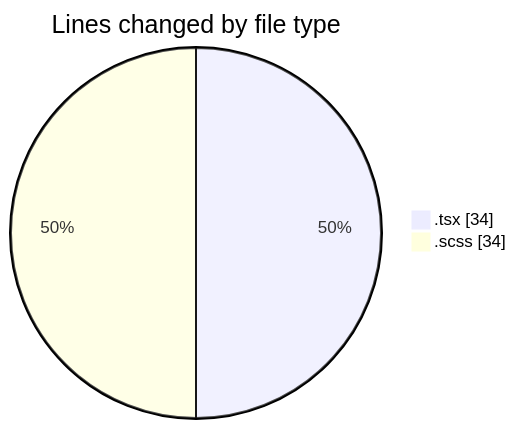
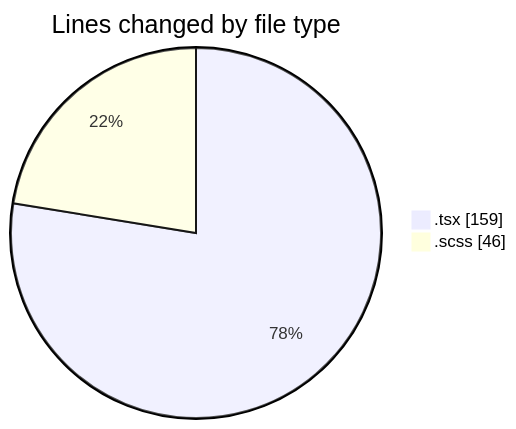
The first of 2 diagrams in 2026-07-21/cda/README.md (momahboobian/code-tracking), drawn with Mermaid before and after one commit. The commit also changed other lines of this file and 1 other file, not shown here.

````diff
--- a/2026-07-21/cda/README.md
+++ b/2026-07-21/cda/README.md
@@ -23,6 +26,6 @@
 ```mermaid
 pie showData
 title Lines changed by file type
-".tsx" : 34
-".scss" : 34
+".tsx" : 159
+".scss" : 46
 ```
````
